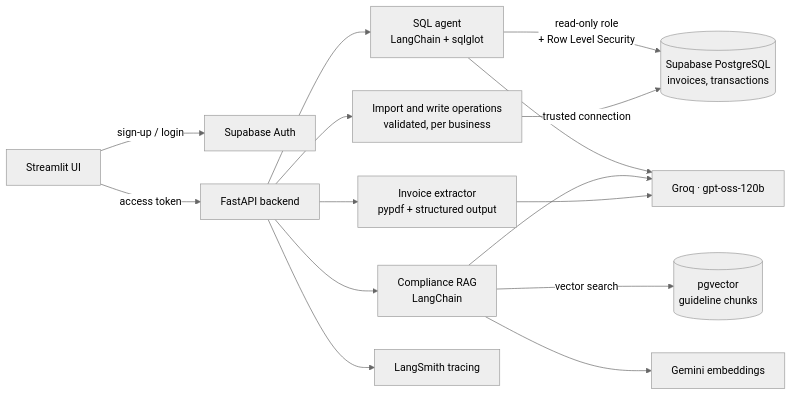
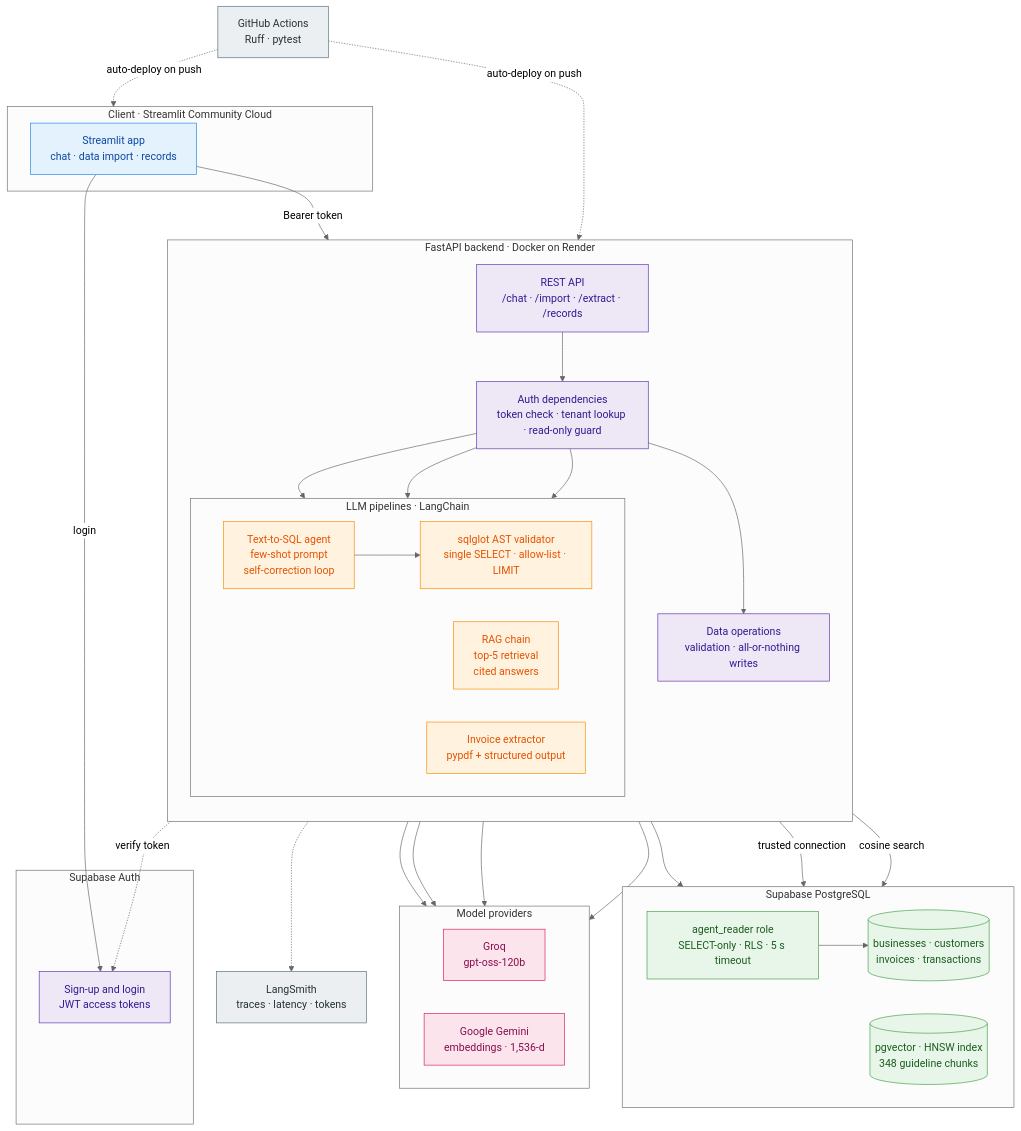
Before and after one commit to ambergiselle/ai-finance-copilot-for-malaysian-smes: the diagram in README.md, drawn with Mermaid (neutral theme). The commit also changed other lines of this file and 4 other files, not shown here.

````diff
--- a/README.md
+++ b/README.md
@@ -63,17 +64,67 @@
 ```mermaid
-flowchart LR
-  U["Streamlit UI"] -->|"sign-up / login"| AUTH["Supabase Auth"]
-  U -->|"access token"| API["FastAPI backend"]
-  API --> SQLA["SQL agent<br>LangChain + sqlglot"]
-  API --> RAG["Compliance RAG<br>LangChain"]
-  API --> EXT["Invoice extractor<br>pypdf + structured output"]
-  API --> OPS["Import and write operations<br>validated, per business"]
-  SQLA -->|"read-only role<br>+ Row Level Security"| PG[("Supabase PostgreSQL<br>invoices, transactions")]
-  OPS -->|"trusted connection"| PG
-  RAG -->|"vector search"| VEC[("pgvector<br>guideline chunks")]
-  SQLA --> LLM["Groq · gpt-oss-120b"]
-  RAG --> LLM
-  EXT --> LLM
-  RAG --> EMB["Gemini embeddings"]
-  API --> LS["LangSmith tracing"]
+flowchart TB
+  subgraph CLIENT["Client · Streamlit Community Cloud"]
+    UI["Streamlit app<br>chat · data import · records"]
+  end
+
+  subgraph AUTH["Supabase Auth"]
+    JWT["Sign-up and login<br>JWT access tokens"]
+  end
+
+  subgraph API["FastAPI backend · Docker on Render"]
+    direction TB
+    GW["REST API<br>/chat · /import · /extract · /records"]
+    DEP["Auth dependencies<br>token check · tenant lookup · read-only guard"]
+    subgraph AI["LLM pipelines · LangChain"]
+      direction LR
+      SQLA["Text-to-SQL agent<br>few-shot prompt<br>self-correction loop"]
+      GUARD["sqlglot AST validator<br>single SELECT · allow-list · LIMIT"]
+      RAG["RAG chain<br>top-5 retrieval<br>cited answers"]
+      EXT["Invoice extractor<br>pypdf + structured output"]
+    end
+    OPS["Data operations<br>validation · all-or-nothing writes"]
+  end
+
+  subgraph DB["Supabase PostgreSQL"]
+    direction LR
+    RO["agent_reader role<br>SELECT-only · RLS · 5 s timeout"]
+    TBL[("businesses · customers<br>invoices · transactions")]
+    VEC[("pgvector · HNSW index<br>348 guideline chunks")]
+  end
+
+  subgraph MODELS["Model providers"]
+    direction LR
+    GROQ["Groq<br>gpt-oss-120b"]
+    GEM["Google Gemini<br>embeddings · 1,536-d"]
+  end
+
+  LS["LangSmith<br>traces · latency · tokens"]
+  GH["GitHub Actions<br>Ruff · pytest"]
+
+  UI -->|login| JWT
+  UI -->|Bearer token| GW
+  GW --> DEP
+  DEP -.->|verify token| JWT
+  DEP --> SQLA & RAG & EXT & OPS
+  SQLA --> GUARD --> RO --> TBL
+  OPS -->|trusted connection| TBL
+  RAG -->|cosine search| VEC
+  SQLA & RAG & EXT --> GROQ
+  RAG --> GEM
+  AI -.-> LS
+  GH -.->|auto-deploy on push| API
+  GH -.->|auto-deploy on push| CLIENT
+
+  classDef client fill:#E3F2FD,stroke:#1E88E5,color:#0D47A1
+  classDef api fill:#EDE7F6,stroke:#5E35B1,color:#311B92
+  classDef ai fill:#FFF3E0,stroke:#FB8C00,color:#E65100
+  classDef data fill:#E8F5E9,stroke:#43A047,color:#1B5E20
+  classDef model fill:#FCE4EC,stroke:#D81B60,color:#880E4F
+  classDef ops fill:#ECEFF1,stroke:#546E7A,color:#263238
+  class UI client
+  class JWT,GW,DEP,OPS api
+  class SQLA,GUARD,RAG,EXT ai
+  class RO,TBL,VEC data
+  class GROQ,GEM model
+  class LS,GH ops
 ```
````
